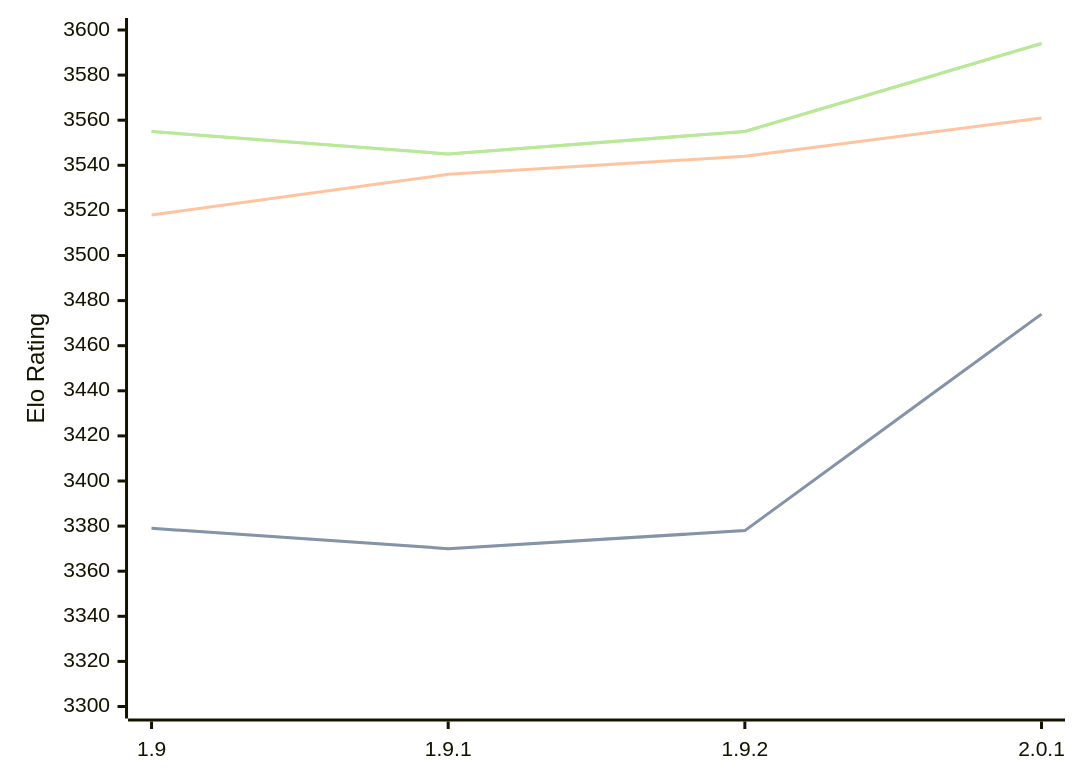
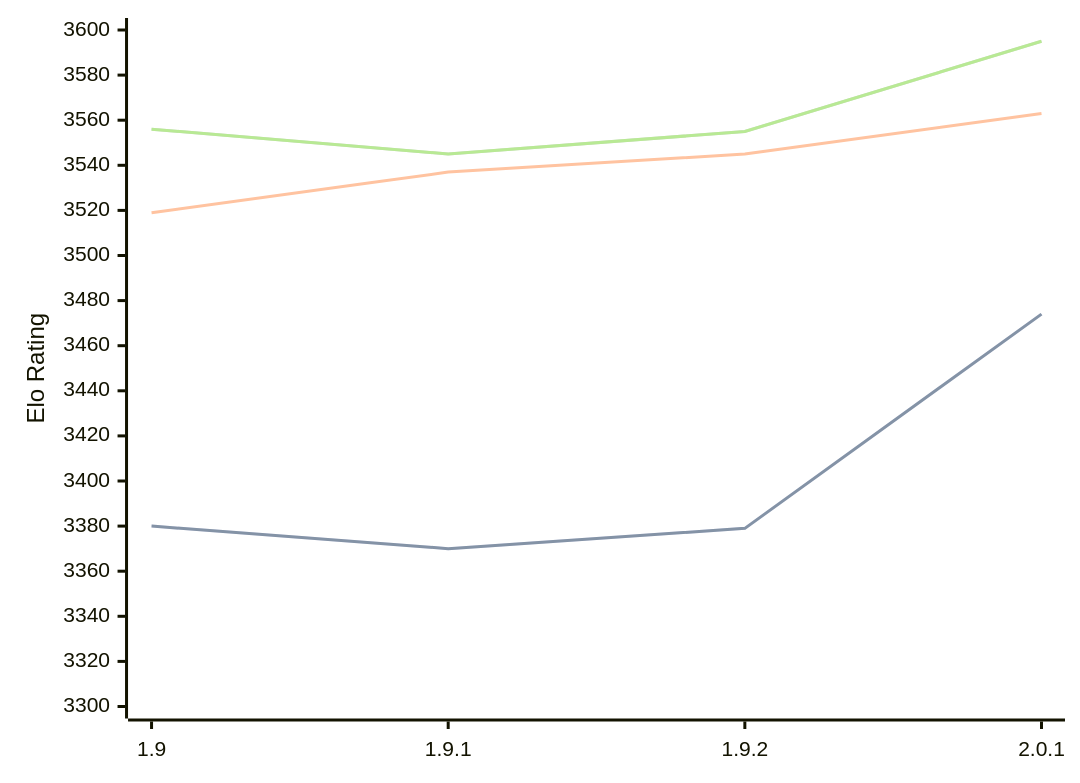
One commit to computer-chess-index/cci changed the diagram in engines/Pawnocchio.md. Above: the diagram before and after it, drawn with Mermaid. The commit also changed other lines of this file, not shown here.

Commit message:
Update CCI Ratings (ELO VLTC) - 2026-09-13

````diff
--- a/engines/Pawnocchio.md
+++ b/engines/Pawnocchio.md
@@ -36,11 +36,11 @@
 ```mermaid
 %%{init: {"theme":"base","themeVariables":{"seriesColors:['#a3a3a3','#222221','#faa371']}}}%%
 xychart-beta
   x-axis ["1.9", "1.9.1", "1.9.2", "2.0.1"]
   y-axis "Elo Rating" 3300 --> 3600
-  line "" [3379, 3370, 3378, 3474]
-  line "STC (8.0+0.08s)" [3379, 3370, 3378, 3474]
-  line "LTC (60.0+0.60s)" [3518, 3536, 3544, 3561]
-  line "" [3555, 3545, 3555, 3594]
-  line "VLTC (2m24s+1.12s)" [3555, 3545, 3555, 3594]
+  line "" [3380, 3370, 3379, 3474]
+  line "STC (8.0+0.08s)" [3380, 3370, 3379, 3474]
+  line "LTC (60.0+0.60s)" [3519, 3537, 3545, 3563]
+  line "" [3556, 3545, 3555, 3595]
+  line "VLTC (2m24s+1.12s)" [3556, 3545, 3555, 3595]
 ```
````
